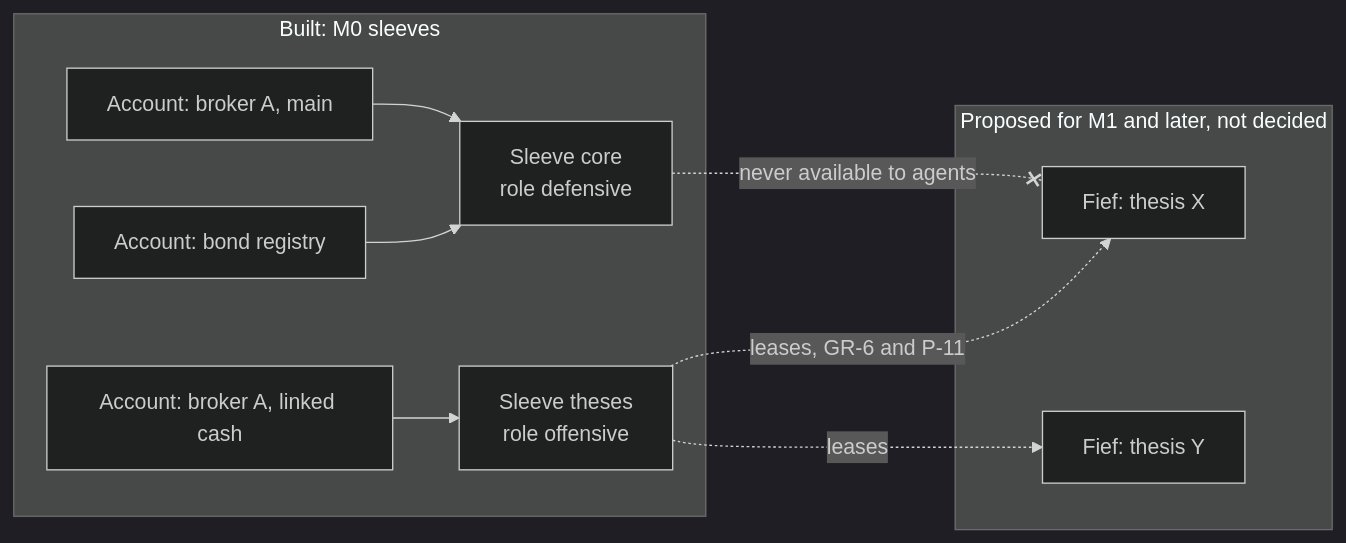
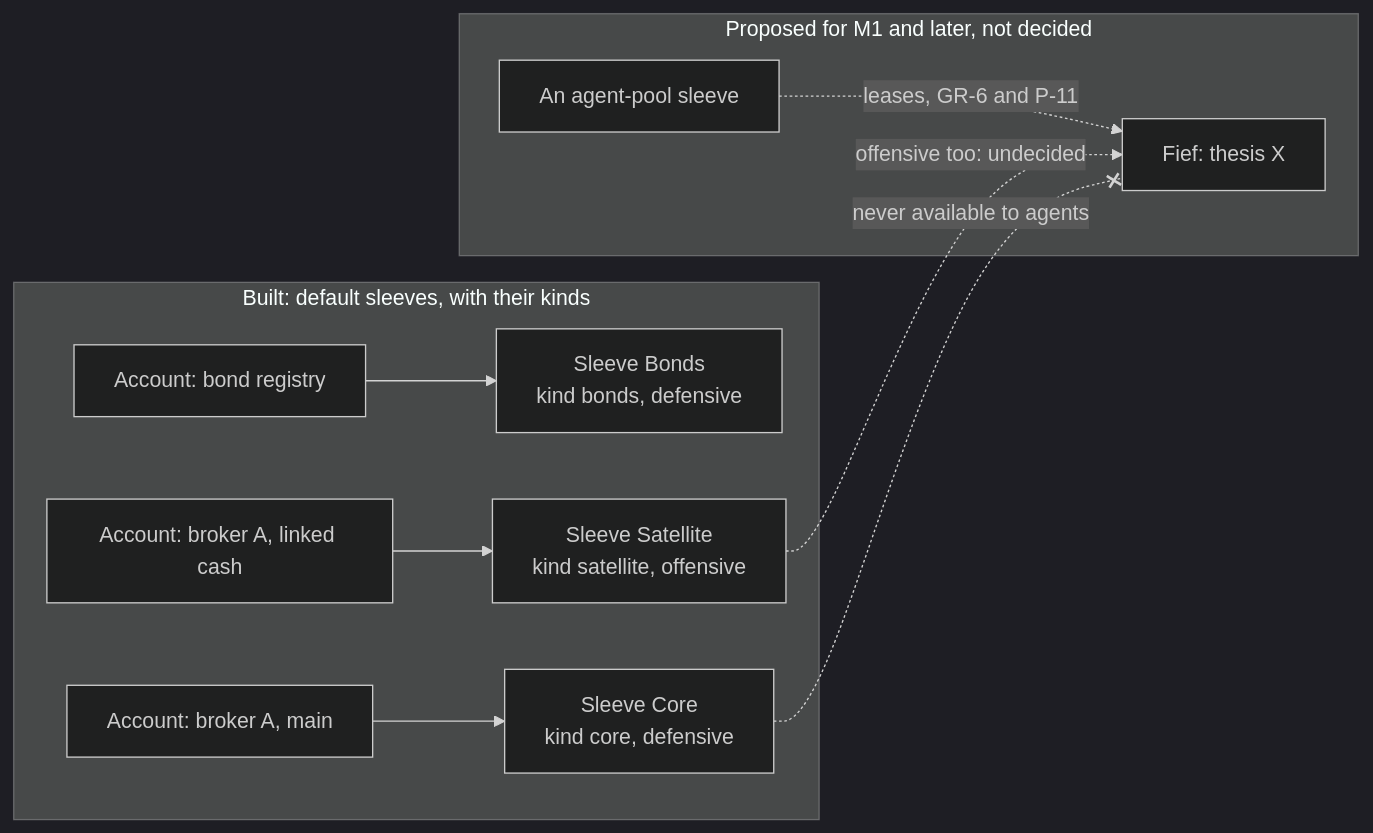
The second of 3 diagrams in docs/concepts/portfolio.md (arkadiuss/openfief), drawn with Mermaid (dark theme) before and after one commit. The commit also changed other lines of this file and 4 other files, not shown here.

````diff
--- a/docs/concepts/portfolio.md
+++ b/docs/concepts/portfolio.md
@@ -67,17 +56,18 @@
 ```mermaid
 flowchart LR
-  subgraph built["Built: M0 sleeves"]
-    core["Sleeve core<br/>role defensive"]
-    theses["Sleeve theses<br/>role offensive"]
-    a1["Account: broker A, main"] --> core
-    a2["Account: bond registry"] --> core
-    a3["Account: broker A, linked cash"] --> theses
+  subgraph built["Built: default sleeves, with their kinds"]
+    bonds["Sleeve Bonds<br/>kind bonds, defensive"]
+    core["Sleeve Core<br/>kind core, defensive"]
+    sat["Sleeve Satellite<br/>kind satellite, offensive"]
+    a1["Account: bond registry"] --> bonds
+    a2["Account: broker A, main"] --> core
+    a3["Account: broker A, linked cash"] --> sat
   end
   subgraph later["Proposed for M1 and later, not decided"]
+    pool["An agent-pool sleeve"]
     f1["Fief: thesis X"]
-    f2["Fief: thesis Y"]
   end
-  theses -. "leases, GR-6 and P-11" .-> f1
-  theses -. "leases" .-> f2
+  pool -. "leases, GR-6 and P-11" .-> f1
+  sat -. "offensive too: undecided" .-> f1
   core -. "never available to agents" .-x f1
 ```
````
